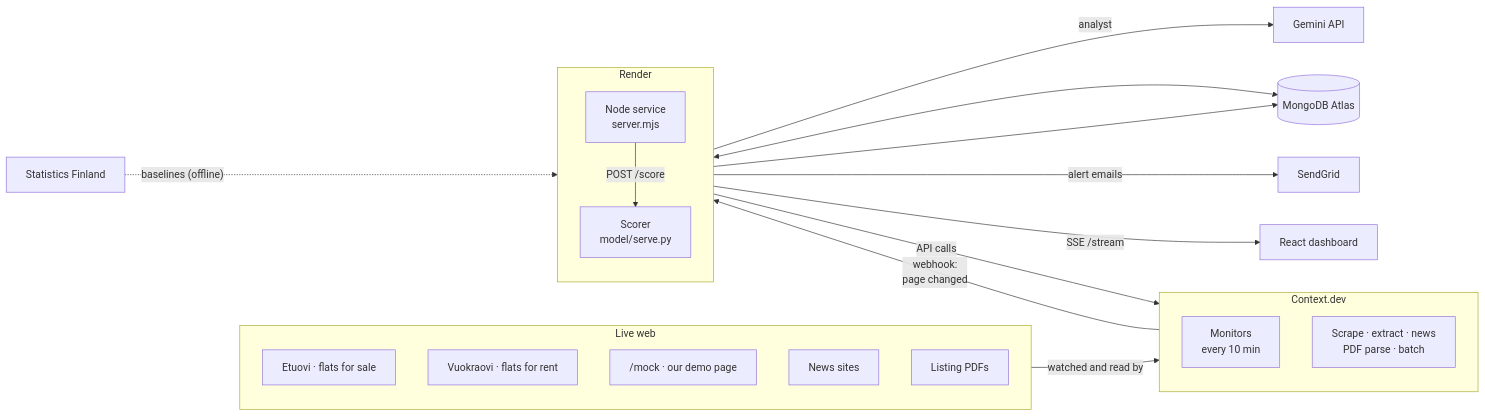
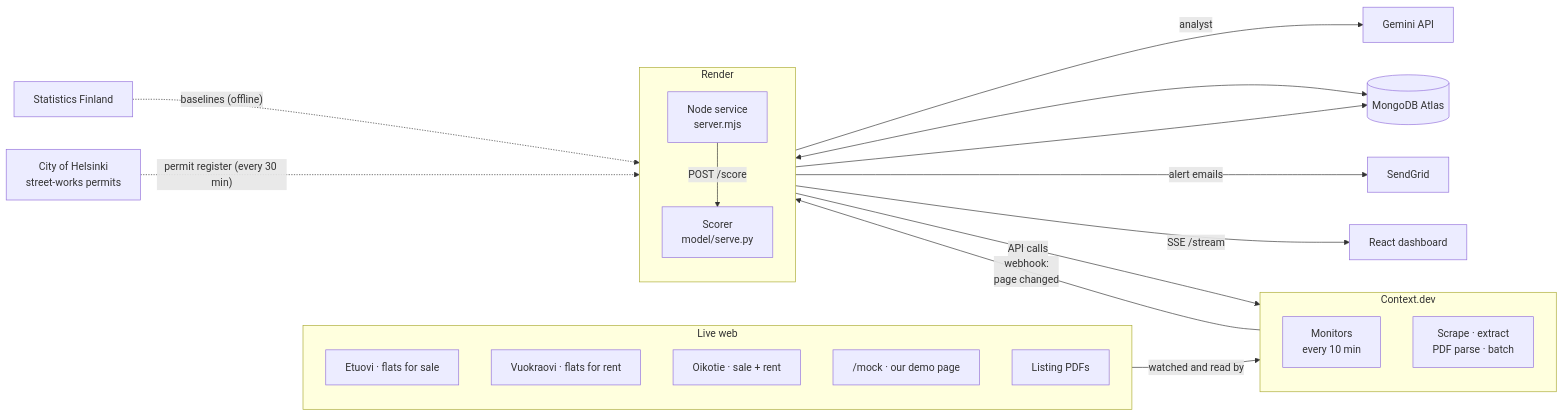
The first of 5 diagrams in docs/architecture.md (Junction26AKA/flatradar), drawn with Mermaid before and after one commit. The commit also changed other lines of this file and 21 other files, not shown here.

First line of the commit message:
feat: street-works flags, price sweep, Oikotie with cross-portal dedupe, honest scores

````diff
--- a/docs/architecture.md
+++ b/docs/architecture.md
@@ -9,40 +9,42 @@
 ```mermaid
 flowchart LR
   subgraph web["Live web"]
     direction TB
     EO["Etuovi · flats for sale"]
     VO["Vuokraovi · flats for rent"]
+    OT["Oikotie · sale + rent"]
     MOCK["/mock · our demo page"]
-    NEWS["News sites"]
     PDF["Listing PDFs"]
   end
 
   subgraph ctx["Context.dev"]
     direction TB
     MON["Monitors<br/>every 10 min"]
-    API["Scrape · extract · news<br/>PDF parse · batch"]
+    API["Scrape · extract<br/>PDF parse · batch"]
   end
 
   subgraph render["Render"]
     direction TB
     NODE["Node service<br/>server.mjs"]
     SCORER["Scorer<br/>model/serve.py"]
   end
 
   GEM["Gemini API"]
+  HEL["City of Helsinki<br/>street-works permits"]
   MDB[("MongoDB Atlas")]
   SG["SendGrid"]
   UI["React dashboard"]
   STAT["Statistics Finland"]
 
   web -- "watched and read by" --> ctx
   MON -- "webhook:<br/>page changed" --> NODE
   NODE -- "API calls" --> API
   NODE -- "POST /score" --> SCORER
   NODE -- "analyst" --> GEM
   NODE <--> MDB
   SCORER --> MDB
   NODE -- "alert emails" --> SG
   NODE -- "SSE /stream" --> UI
   STAT -. "baselines (offline)" .-> SCORER
+  HEL -. "permit register (every 30 min)" .-> NODE
 ```
````
